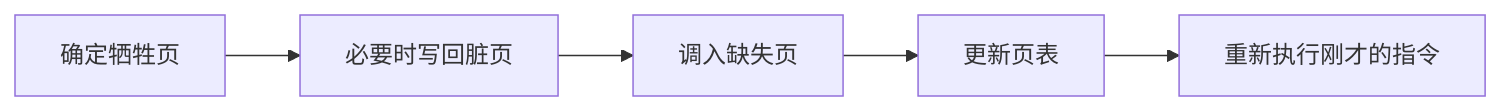
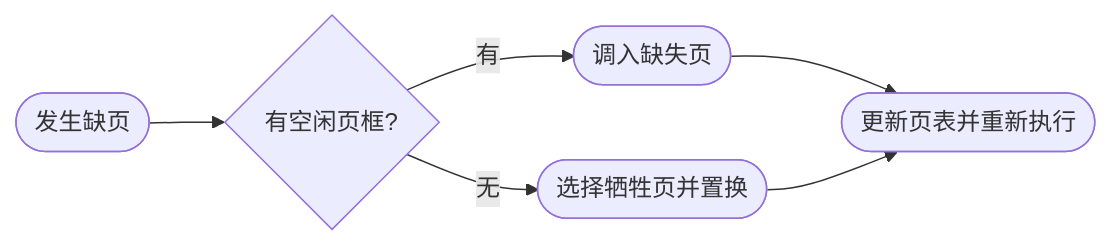
One commit to 74262195/system-architect-notes changed the third of 4 diagrams in 01_综合知识/01_计算机基础知识/02_操作系统/虚拟存储与页面置换.md. Above: the diagram before and after it, drawn with Mermaid. The commit also changed other lines of this file, not shown here.

````diff
--- a/01_综合知识/01_计算机基础知识/02_操作系统/虚拟存储与页面置换.md
+++ b/01_综合知识/01_计算机基础知识/02_操作系统/虚拟存储与页面置换.md
@@ -277,7 +129,8 @@
 ```mermaid
 flowchart LR
-    A[确定牺牲页] --> B[必要时写回脏页]
-    B --> C[调入缺失页]
-    C --> D[更新页表]
-    D --> E[重新执行刚才的指令]
+    A([发生缺页]) --> B{有空闲页框?}
+    B -- 有 --> C([调入缺失页])
+    B -- 无 --> D([选择牺牲页并置换])
+    C --> E([更新页表并重新执行])
+    D --> E
 ```
````
